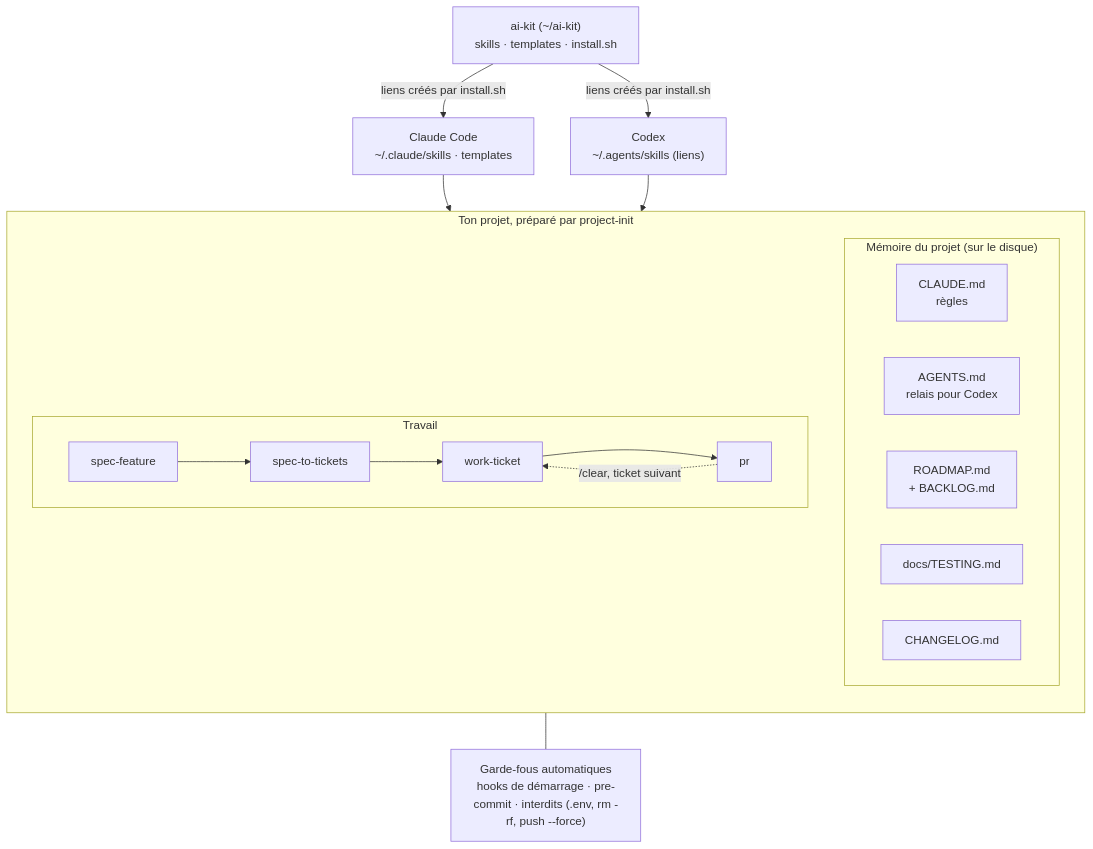
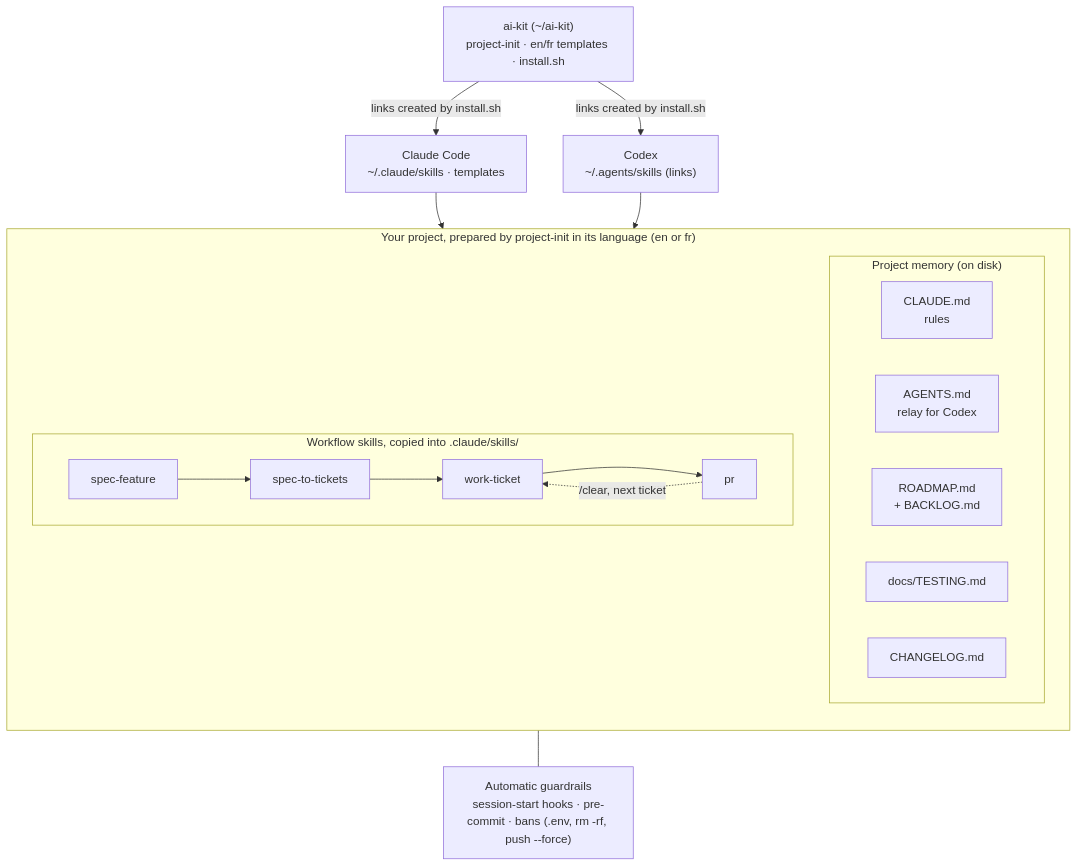
The first of 2 diagrams in GUIDE.md (drisshaou/ai-kit), drawn with Mermaid before and after one commit. The commit also changed other lines of this file and 20 other files, not shown here.

First line of the commit message:
feat: make the workflow skills bilingual (en/fr) per project

````diff
--- a/GUIDE.md
+++ b/GUIDE.md
@@ -8,30 +10,30 @@
 ```mermaid
 flowchart TD
-    KIT["ai-kit (~/ai-kit)<br/>skills · templates · install.sh"]
+    KIT["ai-kit (~/ai-kit)<br/>project-init · en/fr templates · install.sh"]
     CLAUDE["Claude Code<br/>~/.claude/skills · templates"]
-    CODEX["Codex<br/>~/.agents/skills (liens)"]
-    KIT -->|liens créés par install.sh| CLAUDE
-    KIT -->|liens créés par install.sh| CODEX
+    CODEX["Codex<br/>~/.agents/skills (links)"]
+    KIT -->|links created by install.sh| CLAUDE
+    KIT -->|links created by install.sh| CODEX
 
-    subgraph PROJET["Ton projet, préparé par project-init"]
+    subgraph PROJECT["Your project, prepared by project-init in its language (en or fr)"]
         direction TB
-        subgraph FICHIERS["Mémoire du projet (sur le disque)"]
+        subgraph FILES["Project memory (on disk)"]
             direction LR
-            F1["CLAUDE.md<br/>règles"]
-            F2["AGENTS.md<br/>relais pour Codex"]
+            F1["CLAUDE.md<br/>rules"]
+            F2["AGENTS.md<br/>relay for Codex"]
             F3["ROADMAP.md<br/>+ BACKLOG.md"]
             F4["docs/TESTING.md"]
             F5["CHANGELOG.md"]
         end
-        subgraph FLUX["Travail"]
+        subgraph FLOW["Workflow skills, copied into .claude/skills/"]
             direction LR
             S1["spec-feature"] --> S2["spec-to-tickets"] --> S3["work-ticket"] --> S4["pr"]
-            S4 -.->|"/clear, ticket suivant"| S3
+            S4 -.->|"/clear, next ticket"| S3
         end
     end
 
-    CLAUDE --> PROJET
-    CODEX --> PROJET
-    GARDE["Garde-fous automatiques<br/>hooks de démarrage · pre-commit · interdits (.env, rm -rf, push --force)"]
-    PROJET --- GARDE
+    CLAUDE --> PROJECT
+    CODEX --> PROJECT
+    GUARD["Automatic guardrails<br/>session-start hooks · pre-commit · bans (.env, rm -rf, push --force)"]
+    PROJECT --- GUARD
 ```
````
